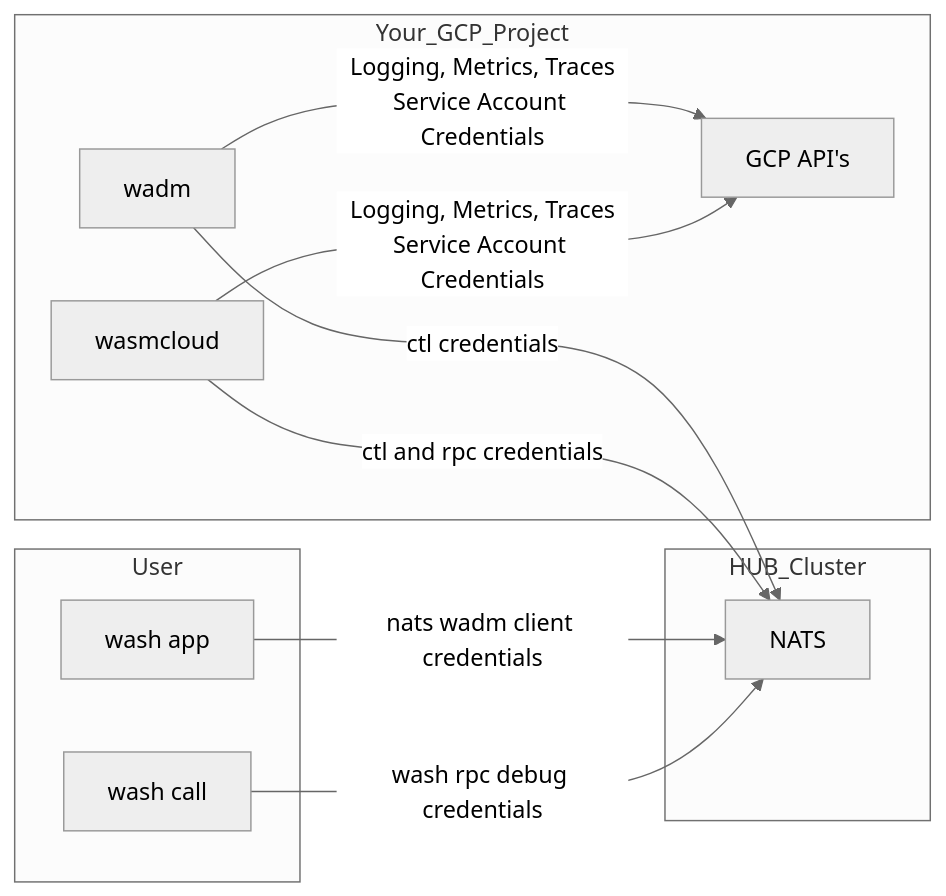
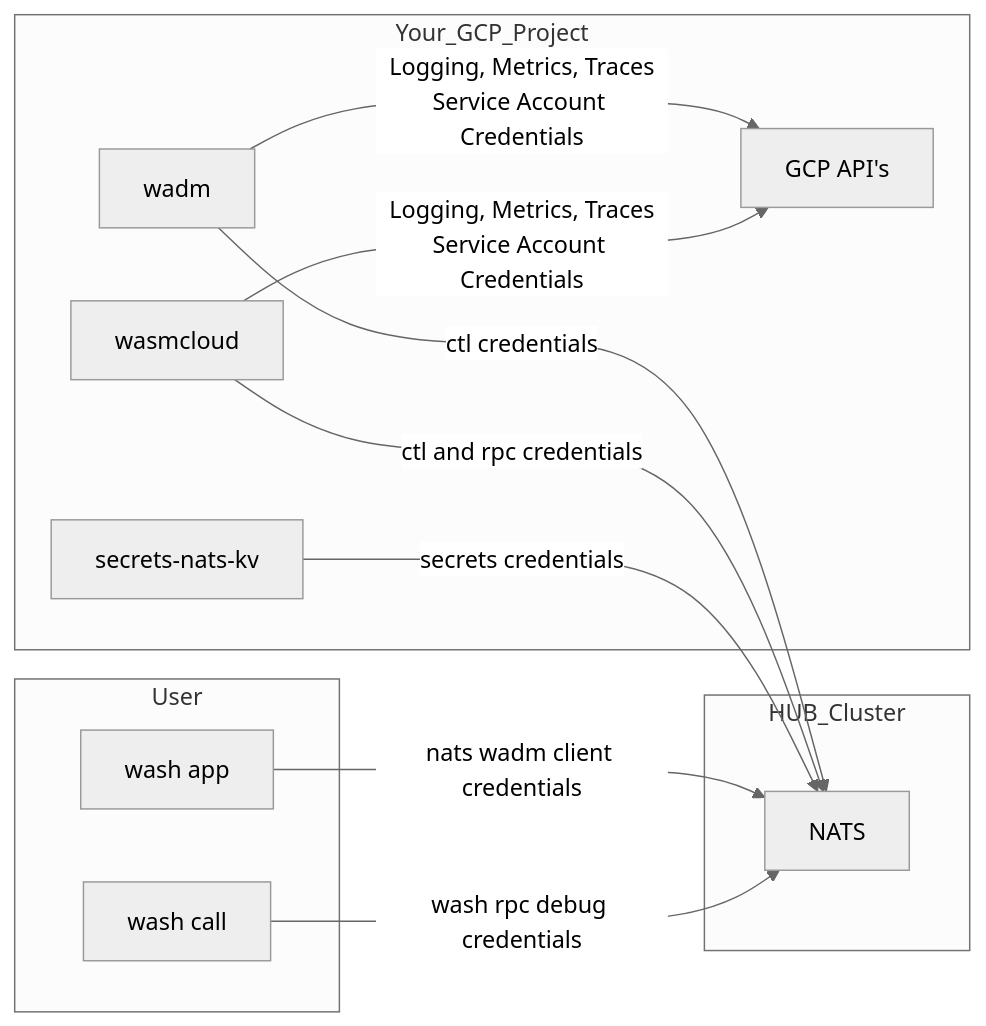
The diagram in README.md (Mattilsynet/map-tf-wasmcloud-cr), drawn with Mermaid (neutral theme) before and after one commit. The commit also changed other lines of this file, not shown here.

Commit message:
chore: fixed some documentation regarding seed key generation for secrets-nats-kv backend.

````diff
--- a/README.md
+++ b/README.md
@@ -14,23 +14,25 @@
 ```mermaid
 graph LR
 
 subgraph HUB_Cluster
     NATS
 end
 
 subgraph Your_GCP_Project
     wadm[wadm]
     wasmcloud[wasmcloud]
+    secrets[secrets-nats-kv]
     gcpapis[GCP API's]
 
     wadm --> |ctl credentials| NATS
     wasmcloud --> |ctl and rpc credentials| NATS
     wadm --> |Logging, Metrics, Traces<br>Service Account Credentials| gcpapis
     wasmcloud -->|Logging, Metrics, Traces<br>Service Account Credentials| gcpapis
+    secrets --> |secrets credentials| NATS
 end
   
 subgraph User
     washapp[wash app] --> |nats wadm client credentials| NATS
     washcall[wash call] --> |wash rpc debug credentials| NATS
 end
 ```
````
